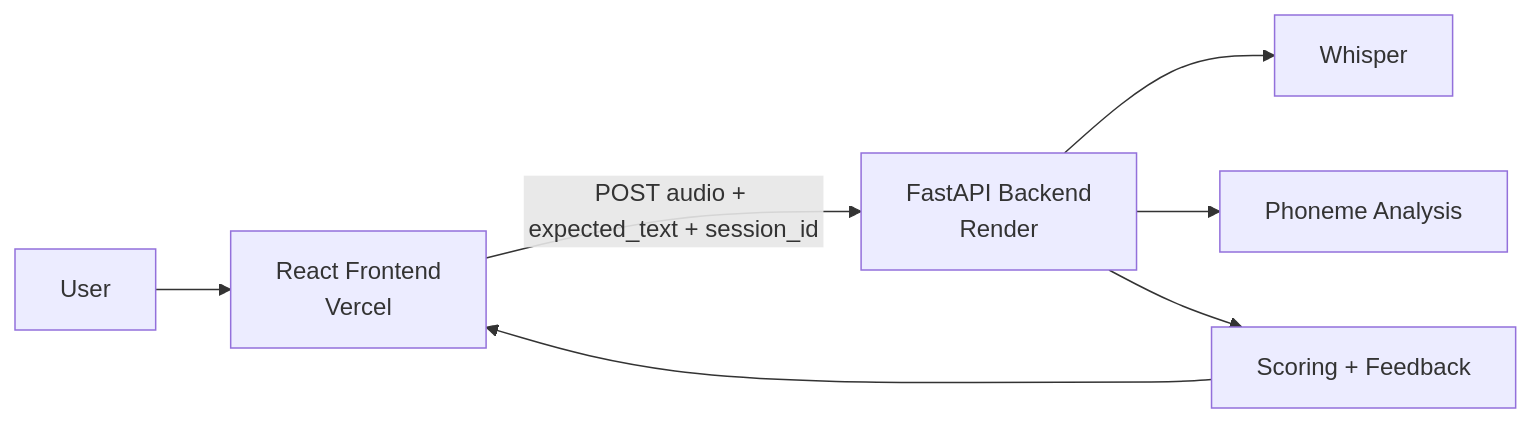
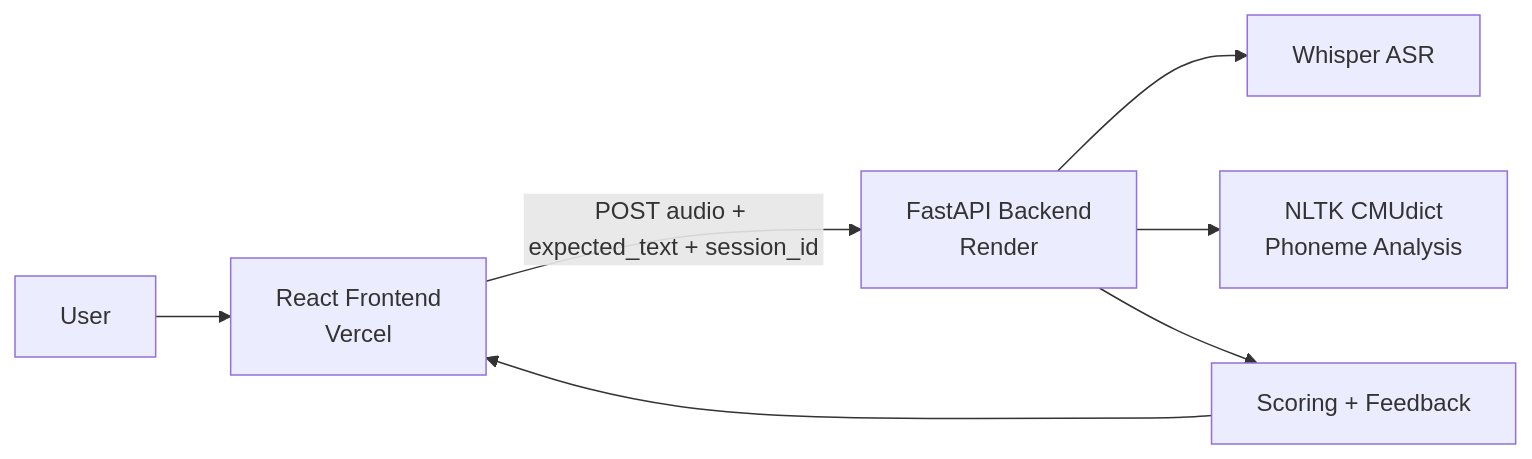
The diagram in README.md (RR-1902/speakrightAI), drawn with Mermaid before and after one commit. The commit also changed other lines of this file and 3 other files, not shown here.

````diff
--- a/README.md
+++ b/README.md
@@ -39,9 +38,9 @@
 ```mermaid
 flowchart LR
     A["User"] --> B["React Frontend<br/>Vercel"]
     B -->|POST audio + expected_text + session_id| C["FastAPI Backend<br/>Render"]
-    C --> D["Whisper"]
-    C --> E["Phoneme Analysis"]
+    C --> D["Whisper ASR"]
+    C --> E["NLTK CMUdict<br/>Phoneme Analysis"]
     C --> F["Scoring + Feedback"]
     F --> B
 ```
````
